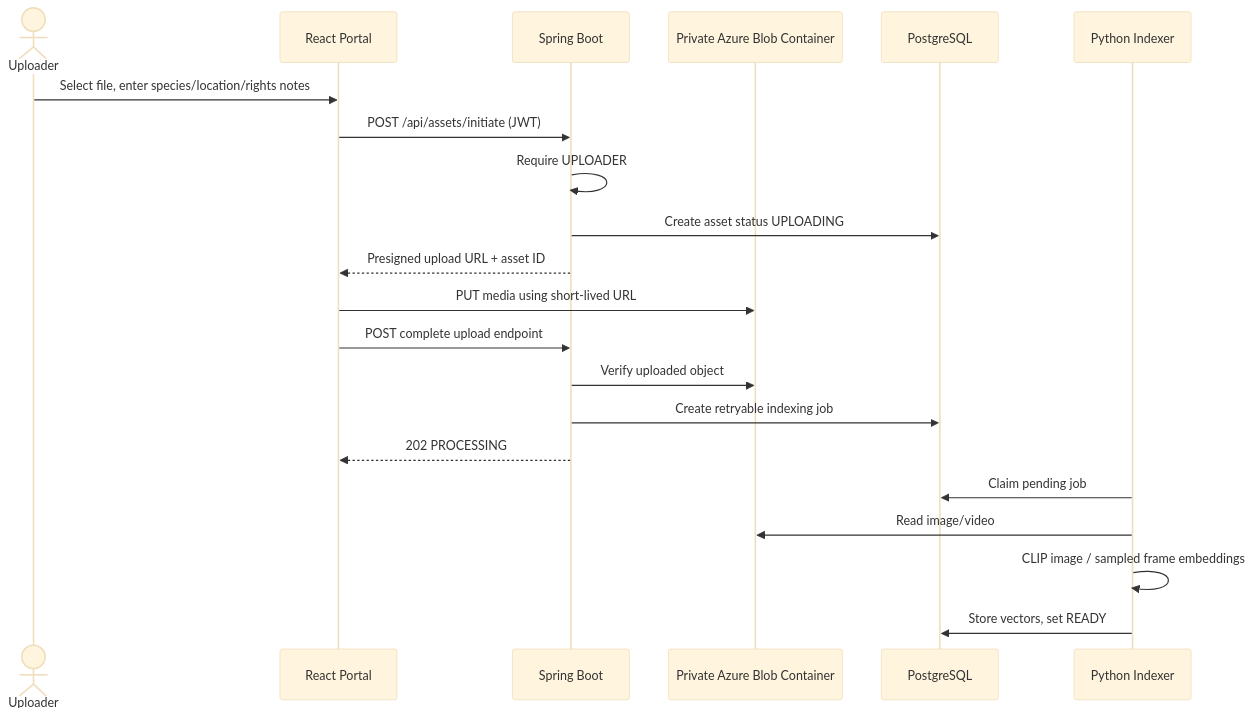
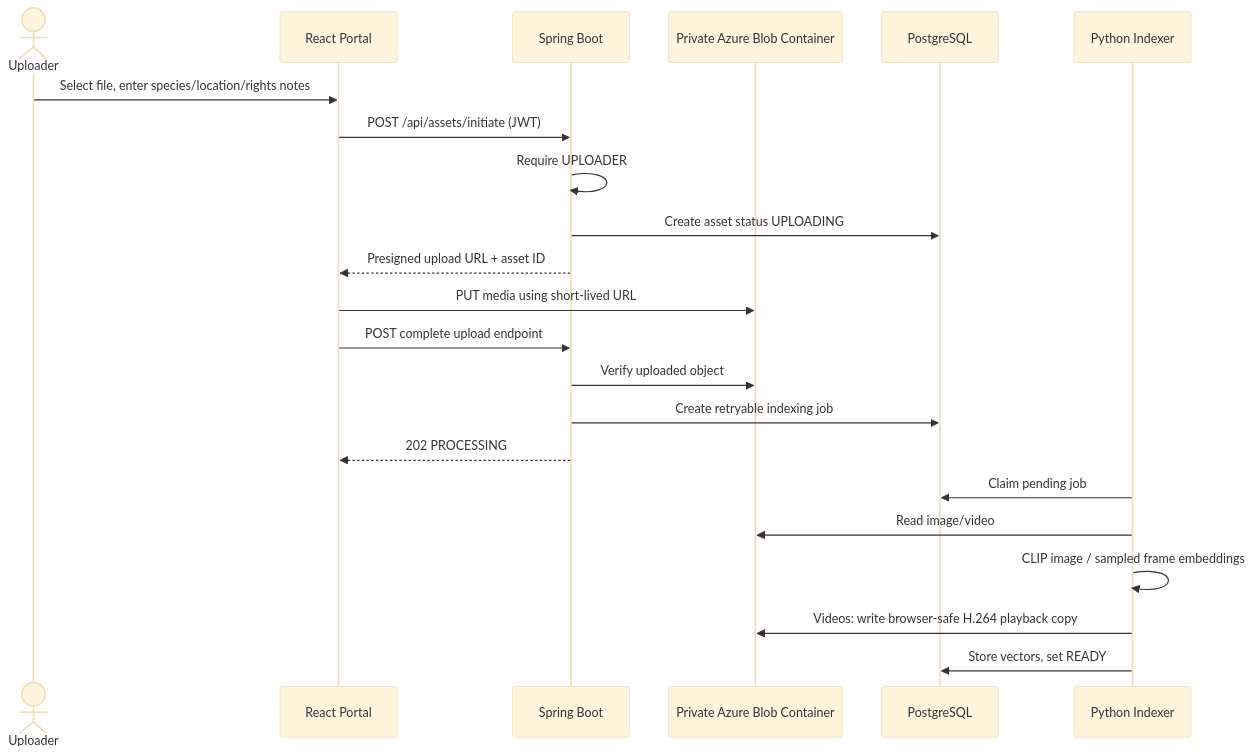
Before and after one commit to sagarparker/CMPE_272_PROJECT: the fourth of 6 diagrams in README.md, drawn with Mermaid (base theme). The commit also changed other lines of this file, not shown here.

First line of the commit message:
docs(readme): align architecture and workflows with the implemented system

````diff
--- a/README.md
+++ b/README.md
@@ -159,23 +176,24 @@
 ```mermaid
 sequenceDiagram
     actor Uploader
     participant UI as React Portal
     participant API as Spring Boot
     participant BLOB as Private Azure Blob Container
     participant DB as PostgreSQL
     participant Worker as Python Indexer
     Uploader->>UI: Select file, enter species/location/rights notes
     UI->>API: POST /api/assets/initiate (JWT)
     API->>API: Require UPLOADER
     API->>DB: Create asset status UPLOADING
     API-->>UI: Presigned upload URL + asset ID
     UI->>BLOB: PUT media using short-lived URL
     UI->>API: POST complete upload endpoint
     API->>BLOB: Verify uploaded object
     API->>DB: Create retryable indexing job
     API-->>UI: 202 PROCESSING
     Worker->>DB: Claim pending job
     Worker->>BLOB: Read image/video
     Worker->>Worker: CLIP image / sampled frame embeddings
+    Worker->>BLOB: Videos: write browser-safe H.264 playback copy
     Worker->>DB: Store vectors, set READY
 ```
````
